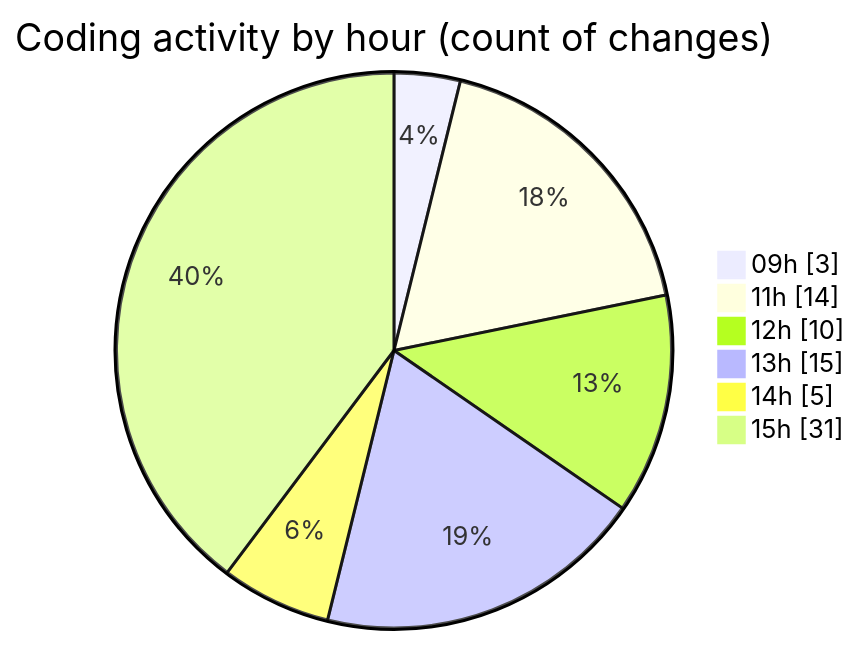
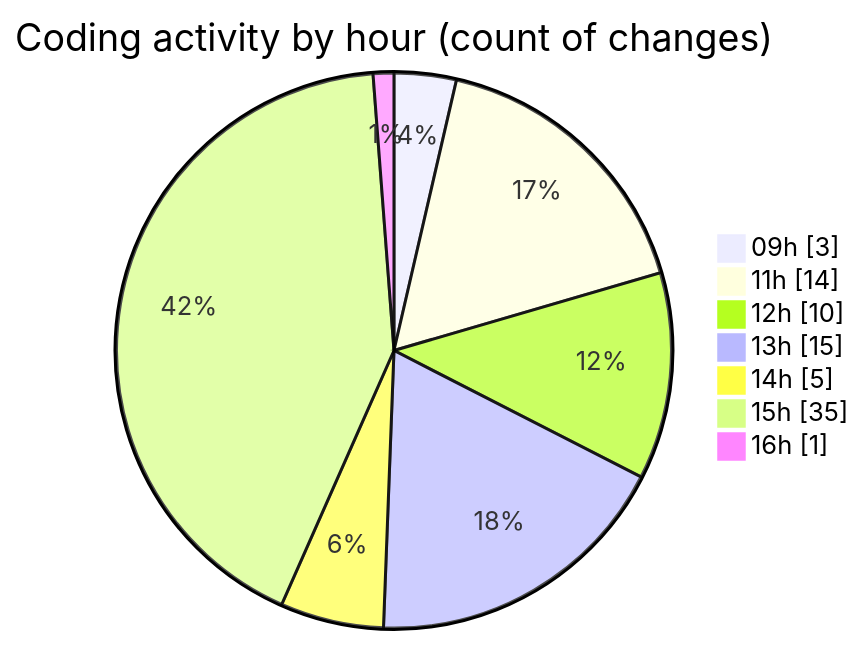
Before and after one commit to momahboobian/code-tracking: the second of 2 diagrams in 2026-05-14/cda/README.md, drawn with Mermaid. The commit also changed other lines of this file and 1 other file, not shown here.

````diff
--- a/2026-05-14/cda/README.md
+++ b/2026-05-14/cda/README.md
@@ -48,10 +48,11 @@
 ```mermaid
 pie showData
 title Coding activity by hour (count of changes)
 "09h" : 3
 "11h" : 14
 "12h" : 10
 "13h" : 15
 "14h" : 5
-"15h" : 31
+"15h" : 35
+"16h" : 1
 ```
````
